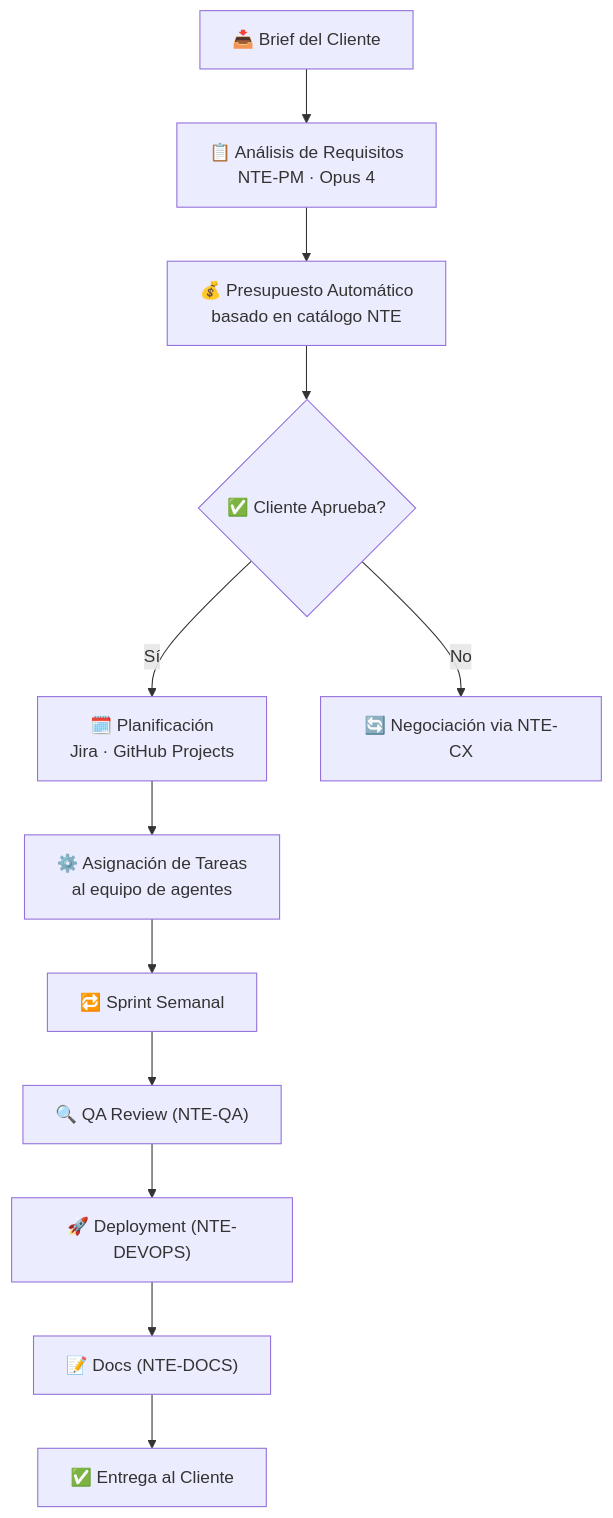
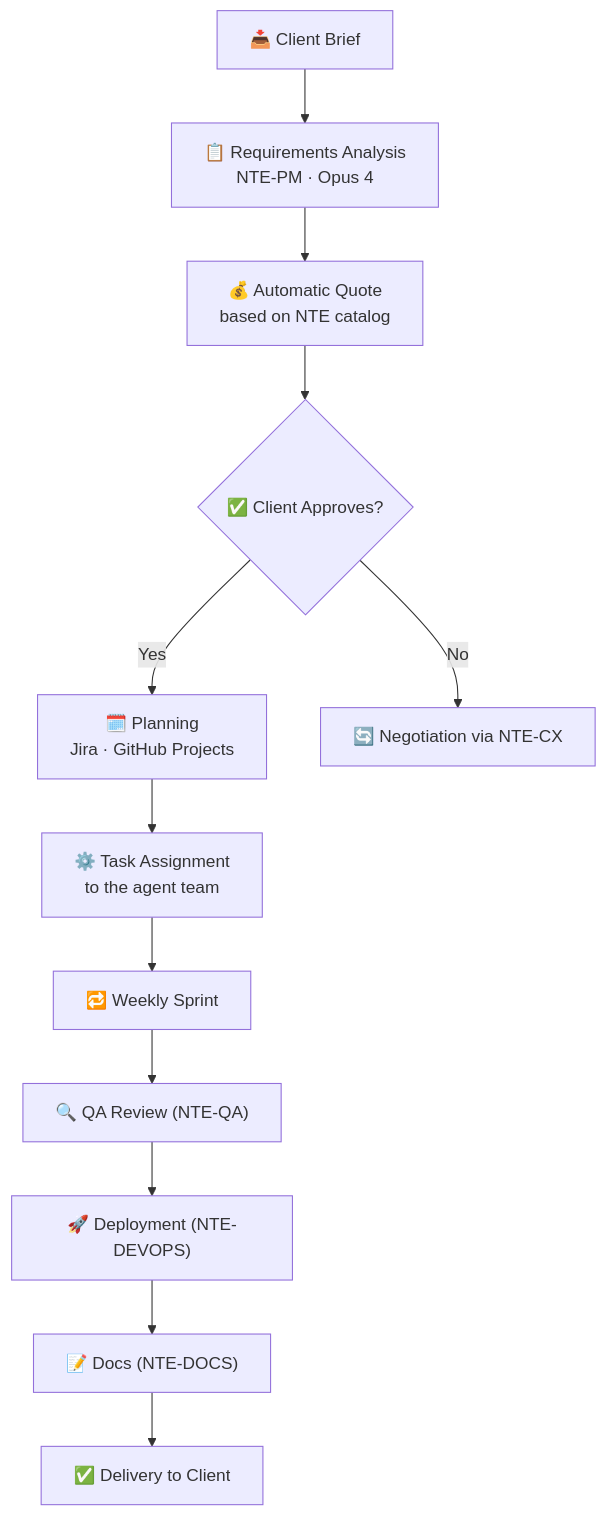
One commit to nissienterprise/nissi-openclaw-vps changed the diagram in documentation/03-agents/software-wing/nte-pm.md. Above: the diagram before and after it, drawn with Mermaid. The commit also changed other lines of this file and 46 other files, not shown here.

````diff
--- a/documentation/03-agents/software-wing/nte-pm.md
+++ b/documentation/03-agents/software-wing/nte-pm.md
@@ -18,14 +18,14 @@
 ```mermaid
 flowchart TD
-    A["📥 Brief del Cliente"] --> B["📋 Análisis de Requisitos\nNTE-PM · Opus 4"]
-    B --> C["💰 Presupuesto Automático\nbasado en catálogo NTE"]
-    C --> D{"✅ Cliente Aprueba?"}
-    D -->|Sí| E["🗓️ Planificación\nJira · GitHub Projects"]
-    D -->|No| F["🔄 Negociación via NTE-CX"]
-    E --> G["⚙️ Asignación de Tareas\nal equipo de agentes"]
-    G --> H["🔁 Sprint Semanal"]
+    A["📥 Client Brief"] --> B["📋 Requirements Analysis\nNTE-PM · Opus 4"]
+    B --> C["💰 Automatic Quote\nbased on NTE catalog"]
+    C --> D{"✅ Client Approves?"}
+    D -->|Yes| E["🗓️ Planning\nJira · GitHub Projects"]
+    D -->|No| F["🔄 Negotiation via NTE-CX"]
+    E --> G["⚙️ Task Assignment\nto the agent team"]
+    G --> H["🔁 Weekly Sprint"]
     H --> I["🔍 QA Review (NTE-QA)"]
     I --> J["🚀 Deployment (NTE-DEVOPS)"]
     J --> K["📝 Docs (NTE-DOCS)"]
-    K --> L["✅ Entrega al Cliente"]
+    K --> L["✅ Delivery to Client"]
 ```
````
